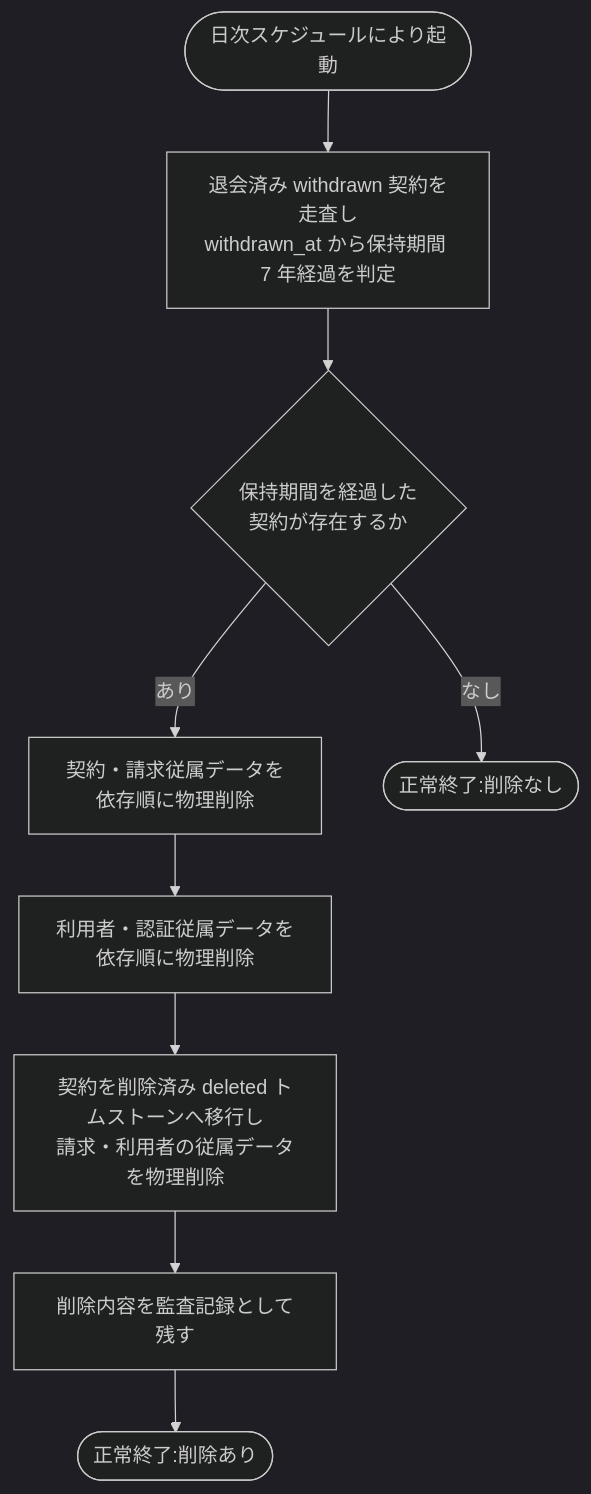
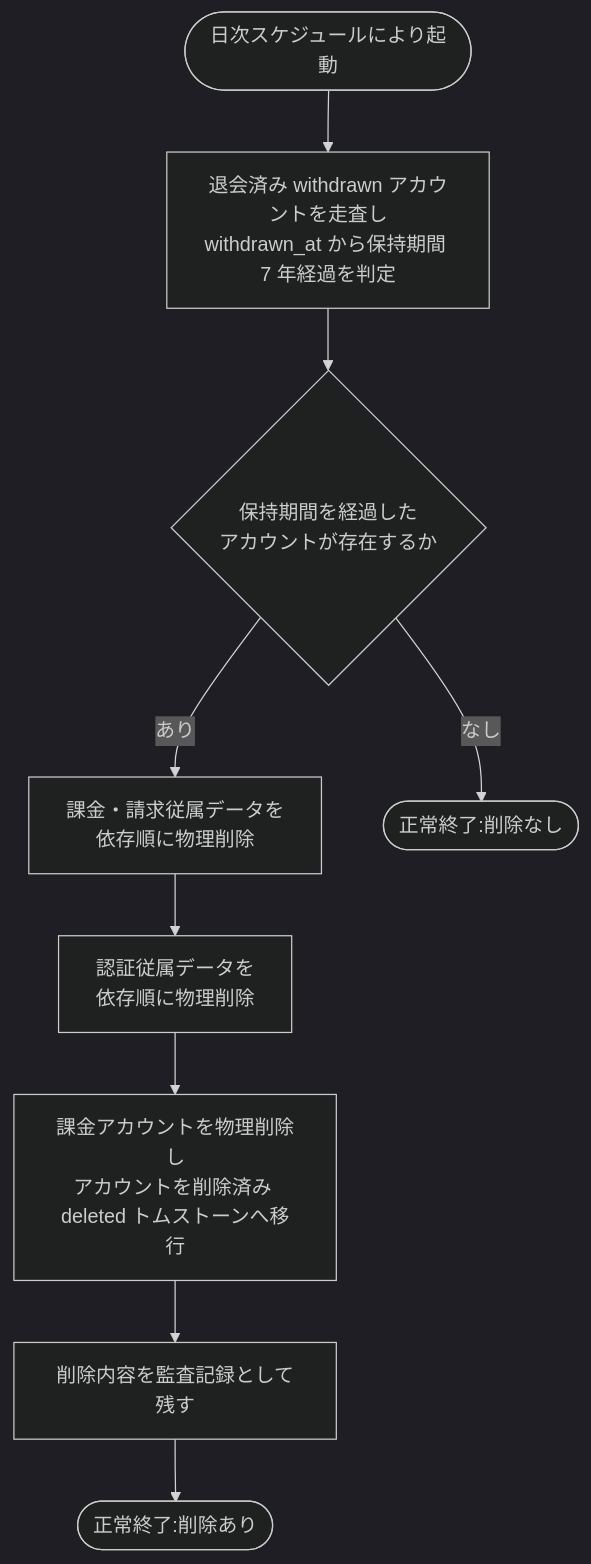
Before and after one commit to sikakou54/open-faq: the diagram in 02_basic_design/02_backend/01_system/SYS-036.md, drawn with Mermaid (dark theme). The commit also changed other lines of this file and 294 other files, not shown here.

````diff
--- a/02_basic_design/02_backend/01_system/SYS-036.md
+++ b/02_basic_design/02_backend/01_system/SYS-036.md
@@ -33,11 +33,11 @@
 ```mermaid
 flowchart TB
-  S([日次スケジュールにより起動]) --> A[退会済み withdrawn 契約を走査し<br/>withdrawn_at から保持期間 7 年経過を判定]
-  A --> B{保持期間を経過した<br/>契約が存在するか}
-  B -- あり --> C[契約・請求従属データを<br/>依存順に物理削除]
-  C --> D[利用者・認証従属データを<br/>依存順に物理削除]
-  D --> E[契約を削除済み deleted トムストーンへ移行し<br/>請求・利用者の従属データを物理削除]
+  S([日次スケジュールにより起動]) --> A[退会済み withdrawn アカウントを走査し<br/>withdrawn_at から保持期間 7 年経過を判定]
+  A --> B{保持期間を経過した<br/>アカウントが存在するか}
+  B -- あり --> C[課金・請求従属データを<br/>依存順に物理削除]
+  C --> D[認証従属データを<br/>依存順に物理削除]
+  D --> E[課金アカウントを物理削除し<br/>アカウントを削除済み deleted トムストーンへ移行]
   E --> F[削除内容を監査記録として残す]
   F --> G([正常終了:削除あり])
   B -- なし --> H([正常終了:削除なし])
 ```
````
